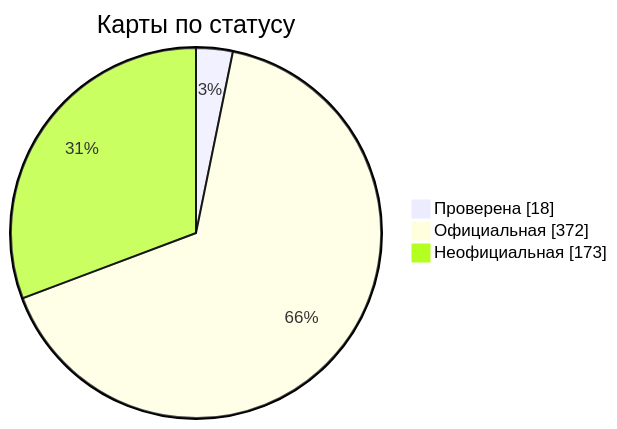
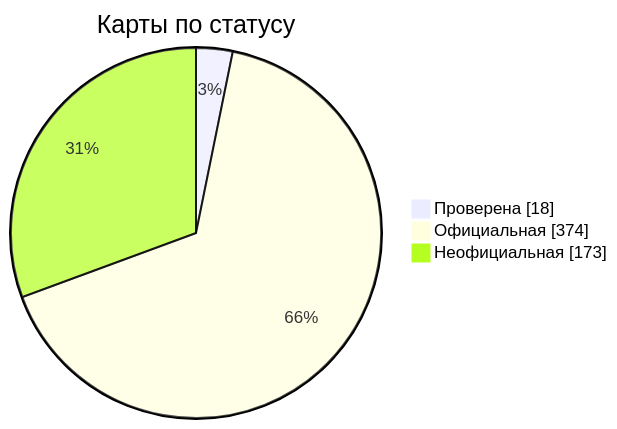
The diagram in docs/readme/README_RU.md (nobrega8/mbmap-library), drawn with Mermaid before and after one commit. The commit also changed 7 other files, not shown here.

````diff
--- a/docs/readme/README_RU.md
+++ b/docs/readme/README_RU.md
@@ -54,7 +54,7 @@
 ```mermaid
 pie showData
     title Карты по статусу
     "Проверена" : 18
-    "Официальная" : 372
+    "Официальная" : 374
     "Неофициальная" : 173
 ```
````
